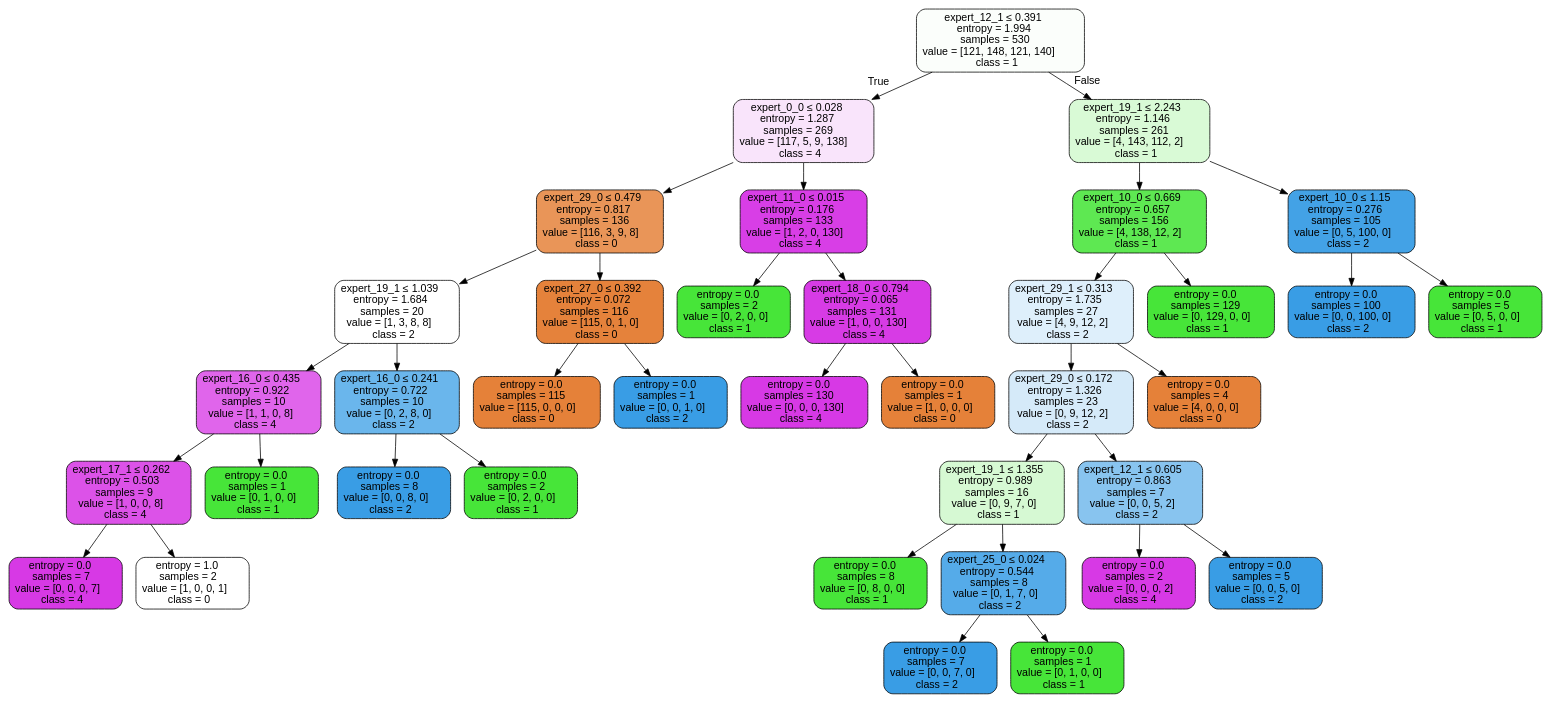
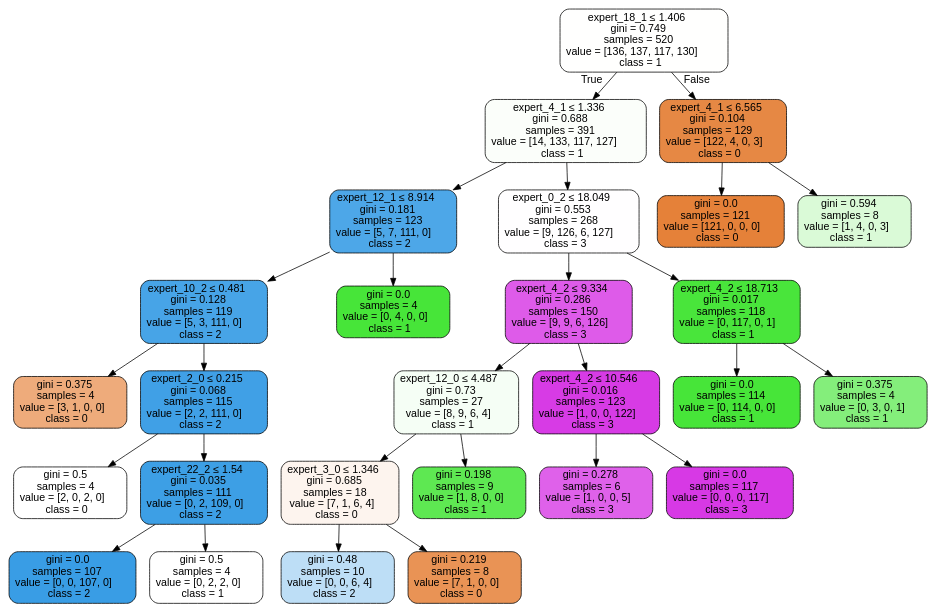
One commit to Lingfeng555/CardsRecognition changed the diagram in result/suit/trees/tree.dot. Above: the diagram before and after it, drawn with Graphviz. The commit also changed 30 other files, not shown here.

```diff
--- a/result/suit/trees/tree.dot
+++ b/result/suit/trees/tree.dot
@@ -1,77 +1,57 @@
 digraph Tree {
 node [shape=box, style="filled, rounded", color="black", fontname="helvetica"] ;
 edge [fontname="helvetica"] ;
-0 [label=<expert_12_1 &le; 0.391<br/>entropy = 1.994<br/>samples = 530<br/>value = [121, 148, 121, 140]<br/>class = 1>, fillcolor="#fbfefb"] ;
-1 [label=<expert_0_0 &le; 0.028<br/>entropy = 1.287<br/>samples = 269<br/>value = [117, 5, 9, 138]<br/>class = 4>, fillcolor="#f9e4fb"] ;
+0 [label=<expert_18_1 &le; 1.406<br/>gini = 0.749<br/>samples = 520<br/>value = [136, 137, 117, 130]<br/>class = 1>, fillcolor="#fffffe"] ;
+1 [label=<expert_4_1 &le; 1.336<br/>gini = 0.688<br/>samples = 391<br/>value = [14, 133, 117, 127]<br/>class = 1>, fillcolor="#fbfefa"] ;
 0 -> 1 [labeldistance=2.5, labelangle=45, headlabel="True"] ;
-2 [label=<expert_29_0 &le; 0.479<br/>entropy = 0.817<br/>samples = 136<br/>value = [116, 3, 9, 8]<br/>class = 0>, fillcolor="#e99558"] ;
+2 [label=<expert_12_1 &le; 8.914<br/>gini = 0.181<br/>samples = 123<br/>value = [5, 7, 111, 0]<br/>class = 2>, fillcolor="#4da7e8"] ;
 1 -> 2 ;
-3 [label=<expert_19_1 &le; 1.039<br/>entropy = 1.684<br/>samples = 20<br/>value = [1, 3, 8, 8]<br/>class = 2>, fillcolor="#ffffff"] ;
+3 [label=<expert_10_2 &le; 0.481<br/>gini = 0.128<br/>samples = 119<br/>value = [5, 3, 111, 0]<br/>class = 2>, fillcolor="#47a4e7"] ;
 2 -> 3 ;
-4 [label=<expert_16_0 &le; 0.435<br/>entropy = 0.922<br/>samples = 10<br/>value = [1, 1, 0, 8]<br/>class = 4>, fillcolor="#e065eb"] ;
+4 [label=<gini = 0.375<br/>samples = 4<br/>value = [3, 1, 0, 0]<br/>class = 0>, fillcolor="#eeab7b"] ;
 3 -> 4 ;
-5 [label=<expert_17_1 &le; 0.262<br/>entropy = 0.503<br/>samples = 9<br/>value = [1, 0, 0, 8]<br/>class = 4>, fillcolor="#dc52e8"] ;
-4 -> 5 ;
-6 [label=<entropy = 0.0<br/>samples = 7<br/>value = [0, 0, 0, 7]<br/>class = 4>, fillcolor="#d739e5"] ;
+5 [label=<expert_2_0 &le; 0.215<br/>gini = 0.068<br/>samples = 115<br/>value = [2, 2, 111, 0]<br/>class = 2>, fillcolor="#40a0e6"] ;
+3 -> 5 ;
+6 [label=<gini = 0.5<br/>samples = 4<br/>value = [2, 0, 2, 0]<br/>class = 0>, fillcolor="#ffffff"] ;
 5 -> 6 ;
-7 [label=<entropy = 1.0<br/>samples = 2<br/>value = [1, 0, 0, 1]<br/>class = 0>, fillcolor="#ffffff"] ;
+7 [label=<expert_22_2 &le; 1.54<br/>gini = 0.035<br/>samples = 111<br/>value = [0, 2, 109, 0]<br/>class = 2>, fillcolor="#3d9fe5"] ;
 5 -> 7 ;
-8 [label=<entropy = 0.0<br/>samples = 1<br/>value = [0, 1, 0, 0]<br/>class = 1>, fillcolor="#47e539"] ;
-4 -> 8 ;
-9 [label=<expert_16_0 &le; 0.241<br/>entropy = 0.722<br/>samples = 10<br/>value = [0, 2, 8, 0]<br/>class = 2>, fillcolor="#6ab6ec"] ;
-3 -> 9 ;
-10 [label=<entropy = 0.0<br/>samples = 8<br/>value = [0, 0, 8, 0]<br/>class = 2>, fillcolor="#399de5"] ;
-9 -> 10 ;
-11 [label=<entropy = 0.0<br/>samples = 2<br/>value = [0, 2, 0, 0]<br/>class = 1>, fillcolor="#47e539"] ;
-9 -> 11 ;
-12 [label=<expert_27_0 &le; 0.392<br/>entropy = 0.072<br/>samples = 116<br/>value = [115, 0, 1, 0]<br/>class = 0>, fillcolor="#e5823b"] ;
-2 -> 12 ;
-13 [label=<entropy = 0.0<br/>samples = 115<br/>value = [115, 0, 0, 0]<br/>class = 0>, fillcolor="#e58139"] ;
+8 [label=<gini = 0.0<br/>samples = 107<br/>value = [0, 0, 107, 0]<br/>class = 2>, fillcolor="#399de5"] ;
+7 -> 8 ;
+9 [label=<gini = 0.5<br/>samples = 4<br/>value = [0, 2, 2, 0]<br/>class = 1>, fillcolor="#ffffff"] ;
+7 -> 9 ;
+10 [label=<gini = 0.0<br/>samples = 4<br/>value = [0, 4, 0, 0]<br/>class = 1>, fillcolor="#47e539"] ;
+2 -> 10 ;
+11 [label=<expert_0_2 &le; 18.049<br/>gini = 0.553<br/>samples = 268<br/>value = [9, 126, 6, 127]<br/>class = 3>, fillcolor="#fffeff"] ;
+1 -> 11 ;
+12 [label=<expert_4_2 &le; 9.334<br/>gini = 0.286<br/>samples = 150<br/>value = [9, 9, 6, 126]<br/>class = 3>, fillcolor="#de5be9"] ;
+11 -> 12 ;
+13 [label=<expert_12_0 &le; 4.487<br/>gini = 0.73<br/>samples = 27<br/>value = [8, 9, 6, 4]<br/>class = 1>, fillcolor="#f5fef5"] ;
 12 -> 13 ;
-14 [label=<entropy = 0.0<br/>samples = 1<br/>value = [0, 0, 1, 0]<br/>class = 2>, fillcolor="#399de5"] ;
-12 -> 14 ;
-15 [label=<expert_11_0 &le; 0.015<br/>entropy = 0.176<br/>samples = 133<br/>value = [1, 2, 0, 130]<br/>class = 4>, fillcolor="#d83ee6"] ;
-1 -> 15 ;
-16 [label=<entropy = 0.0<br/>samples = 2<br/>value = [0, 2, 0, 0]<br/>class = 1>, fillcolor="#47e539"] ;
-15 -> 16 ;
-17 [label=<expert_18_0 &le; 0.794<br/>entropy = 0.065<br/>samples = 131<br/>value = [1, 0, 0, 130]<br/>class = 4>, fillcolor="#d73be5"] ;
-15 -> 17 ;
-18 [label=<entropy = 0.0<br/>samples = 130<br/>value = [0, 0, 0, 130]<br/>class = 4>, fillcolor="#d739e5"] ;
-17 -> 18 ;
-19 [label=<entropy = 0.0<br/>samples = 1<br/>value = [1, 0, 0, 0]<br/>class = 0>, fillcolor="#e58139"] ;
-17 -> 19 ;
-20 [label=<expert_19_1 &le; 2.243<br/>entropy = 1.146<br/>samples = 261<br/>value = [4, 143, 112, 2]<br/>class = 1>, fillcolor="#d9fad6"] ;
-0 -> 20 [labeldistance=2.5, labelangle=-45, headlabel="False"] ;
-21 [label=<expert_10_0 &le; 0.669<br/>entropy = 0.657<br/>samples = 156<br/>value = [4, 138, 12, 2]<br/>class = 1>, fillcolor="#5ee852"] ;
-20 -> 21 ;
-22 [label=<expert_29_1 &le; 0.313<br/>entropy = 1.735<br/>samples = 27<br/>value = [4, 9, 12, 2]<br/>class = 2>, fillcolor="#deeffb"] ;
+14 [label=<expert_3_0 &le; 1.346<br/>gini = 0.685<br/>samples = 18<br/>value = [7, 1, 6, 4]<br/>class = 0>, fillcolor="#fdf4ee"] ;
+13 -> 14 ;
+15 [label=<gini = 0.48<br/>samples = 10<br/>value = [0, 0, 6, 4]<br/>class = 2>, fillcolor="#bddef6"] ;
+14 -> 15 ;
+16 [label=<gini = 0.219<br/>samples = 8<br/>value = [7, 1, 0, 0]<br/>class = 0>, fillcolor="#e99355"] ;
+14 -> 16 ;
+17 [label=<gini = 0.198<br/>samples = 9<br/>value = [1, 8, 0, 0]<br/>class = 1>, fillcolor="#5ee852"] ;
+13 -> 17 ;
+18 [label=<expert_4_2 &le; 10.546<br/>gini = 0.016<br/>samples = 123<br/>value = [1, 0, 0, 122]<br/>class = 3>, fillcolor="#d73be5"] ;
+12 -> 18 ;
+19 [label=<gini = 0.278<br/>samples = 6<br/>value = [1, 0, 0, 5]<br/>class = 3>, fillcolor="#df61ea"] ;
+18 -> 19 ;
+20 [label=<gini = 0.0<br/>samples = 117<br/>value = [0, 0, 0, 117]<br/>class = 3>, fillcolor="#d739e5"] ;
+18 -> 20 ;
+21 [label=<expert_4_2 &le; 18.713<br/>gini = 0.017<br/>samples = 118<br/>value = [0, 117, 0, 1]<br/>class = 1>, fillcolor="#49e53b"] ;
+11 -> 21 ;
+22 [label=<gini = 0.0<br/>samples = 114<br/>value = [0, 114, 0, 0]<br/>class = 1>, fillcolor="#47e539"] ;
 21 -> 22 ;
-23 [label=<expert_29_0 &le; 0.172<br/>entropy = 1.326<br/>samples = 23<br/>value = [0, 9, 12, 2]<br/>class = 2>, fillcolor="#d5eaf9"] ;
-22 -> 23 ;
-24 [label=<expert_19_1 &le; 1.355<br/>entropy = 0.989<br/>samples = 16<br/>value = [0, 9, 7, 0]<br/>class = 1>, fillcolor="#d6f9d3"] ;
-23 -> 24 ;
-25 [label=<entropy = 0.0<br/>samples = 8<br/>value = [0, 8, 0, 0]<br/>class = 1>, fillcolor="#47e539"] ;
+23 [label=<gini = 0.375<br/>samples = 4<br/>value = [0, 3, 0, 1]<br/>class = 1>, fillcolor="#84ee7b"] ;
+21 -> 23 ;
+24 [label=<expert_4_1 &le; 6.565<br/>gini = 0.104<br/>samples = 129<br/>value = [122, 4, 0, 3]<br/>class = 0>, fillcolor="#e68844"] ;
+0 -> 24 [labeldistance=2.5, labelangle=-45, headlabel="False"] ;
+25 [label=<gini = 0.0<br/>samples = 121<br/>value = [121, 0, 0, 0]<br/>class = 0>, fillcolor="#e58139"] ;
 24 -> 25 ;
-26 [label=<expert_25_0 &le; 0.024<br/>entropy = 0.544<br/>samples = 8<br/>value = [0, 1, 7, 0]<br/>class = 2>, fillcolor="#55abe9"] ;
+26 [label=<gini = 0.594<br/>samples = 8<br/>value = [1, 4, 0, 3]<br/>class = 1>, fillcolor="#dafad7"] ;
 24 -> 26 ;
-27 [label=<entropy = 0.0<br/>samples = 7<br/>value = [0, 0, 7, 0]<br/>class = 2>, fillcolor="#399de5"] ;
-26 -> 27 ;
-28 [label=<entropy = 0.0<br/>samples = 1<br/>value = [0, 1, 0, 0]<br/>class = 1>, fillcolor="#47e539"] ;
-26 -> 28 ;
-29 [label=<expert_12_1 &le; 0.605<br/>entropy = 0.863<br/>samples = 7<br/>value = [0, 0, 5, 2]<br/>class = 2>, fillcolor="#88c4ef"] ;
-23 -> 29 ;
-30 [label=<entropy = 0.0<br/>samples = 2<br/>value = [0, 0, 0, 2]<br/>class = 4>, fillcolor="#d739e5"] ;
-29 -> 30 ;
-31 [label=<entropy = 0.0<br/>samples = 5<br/>value = [0, 0, 5, 0]<br/>class = 2>, fillcolor="#399de5"] ;
-29 -> 31 ;
-32 [label=<entropy = 0.0<br/>samples = 4<br/>value = [4, 0, 0, 0]<br/>class = 0>, fillcolor="#e58139"] ;
-22 -> 32 ;
-33 [label=<entropy = 0.0<br/>samples = 129<br/>value = [0, 129, 0, 0]<br/>class = 1>, fillcolor="#47e539"] ;
-21 -> 33 ;
-34 [label=<expert_10_0 &le; 1.15<br/>entropy = 0.276<br/>samples = 105<br/>value = [0, 5, 100, 0]<br/>class = 2>, fillcolor="#43a2e6"] ;
-20 -> 34 ;
-35 [label=<entropy = 0.0<br/>samples = 100<br/>value = [0, 0, 100, 0]<br/>class = 2>, fillcolor="#399de5"] ;
-34 -> 35 ;
-36 [label=<entropy = 0.0<br/>samples = 5<br/>value = [0, 5, 0, 0]<br/>class = 1>, fillcolor="#47e539"] ;
-34 -> 36 ;
 }
```
